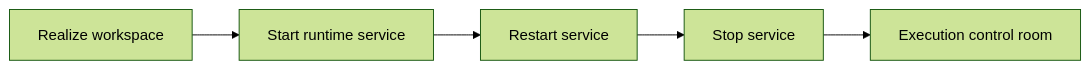
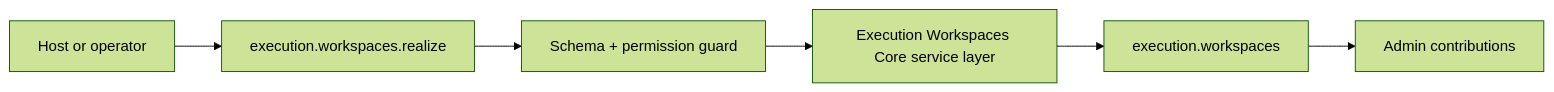
One commit to gutula/gutu-plugin-execution-workspaces-core changed the diagram in DEVELOPER.md. Above: the diagram before and after it, drawn with Mermaid (forest theme). The commit also changed other lines of this file and 12 other files, not shown here.

````diff
--- a/DEVELOPER.md
+++ b/DEVELOPER.md
@@ -72,7 +119,8 @@
 ```mermaid
 flowchart LR
-  realize["Realize workspace"] --> start["Start runtime service"]
-  start --> restart["Restart service"]
-  restart --> stop["Stop service"]
-  stop --> control["Execution control room"]
+  caller["Host or operator"] --> action["execution.workspaces.realize"]
+  action --> validation["Schema + permission guard"]
+  validation --> service["Execution Workspaces Core service layer"]
+  service --> state["execution.workspaces"]
+  state --> ui["Admin contributions"]
 ```
````
